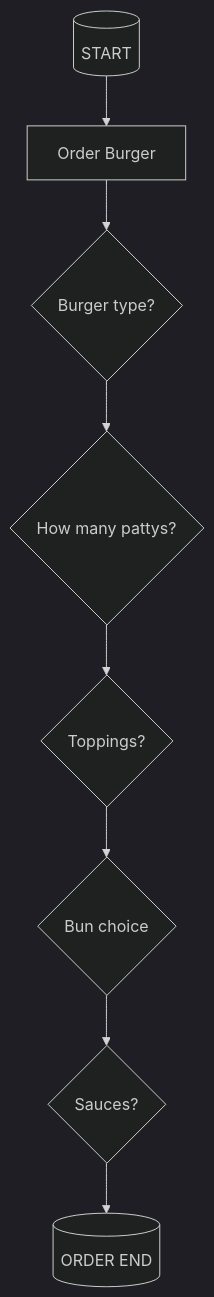
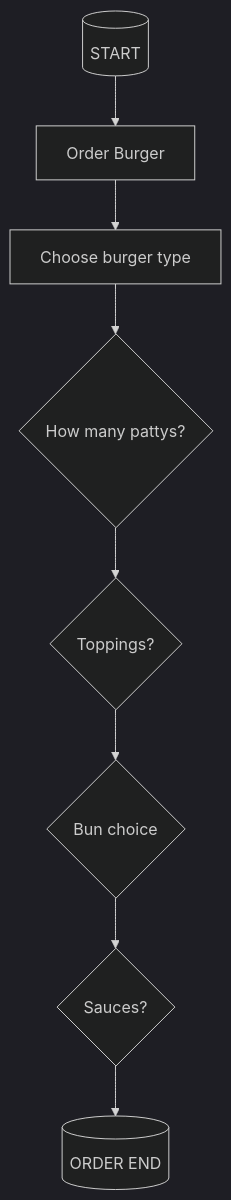
One commit to delas6006/Debbie-Mankowitz-showcase- changed the diagram in README.md. Above: the diagram before and after it, drawn with Mermaid (dark theme).

````diff
--- a/README.md
+++ b/README.md
@@ -26,12 +26,12 @@
 ```mermaid
 graph TD;
 A[(START)]-->B[Order Burger]
-B -->C{Burger type?}
+B -->C[Choose burger type]
 C -->D{How many pattys?}
 D -->E{Toppings?}
 E -->F{Bun choice}
 F -->G{Sauces?}
 G -->H{Drinks?}
 H[(ORDER END)]
 
 ```
````
